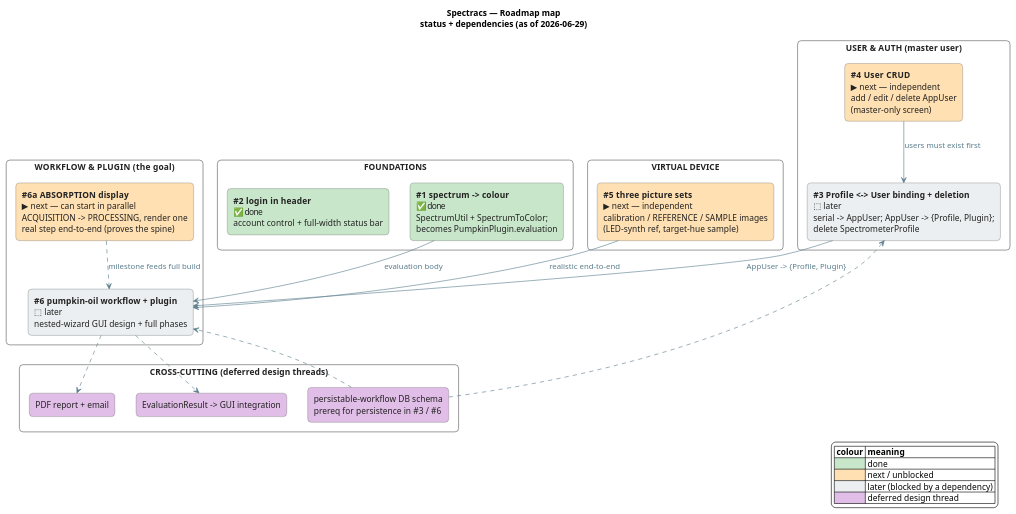
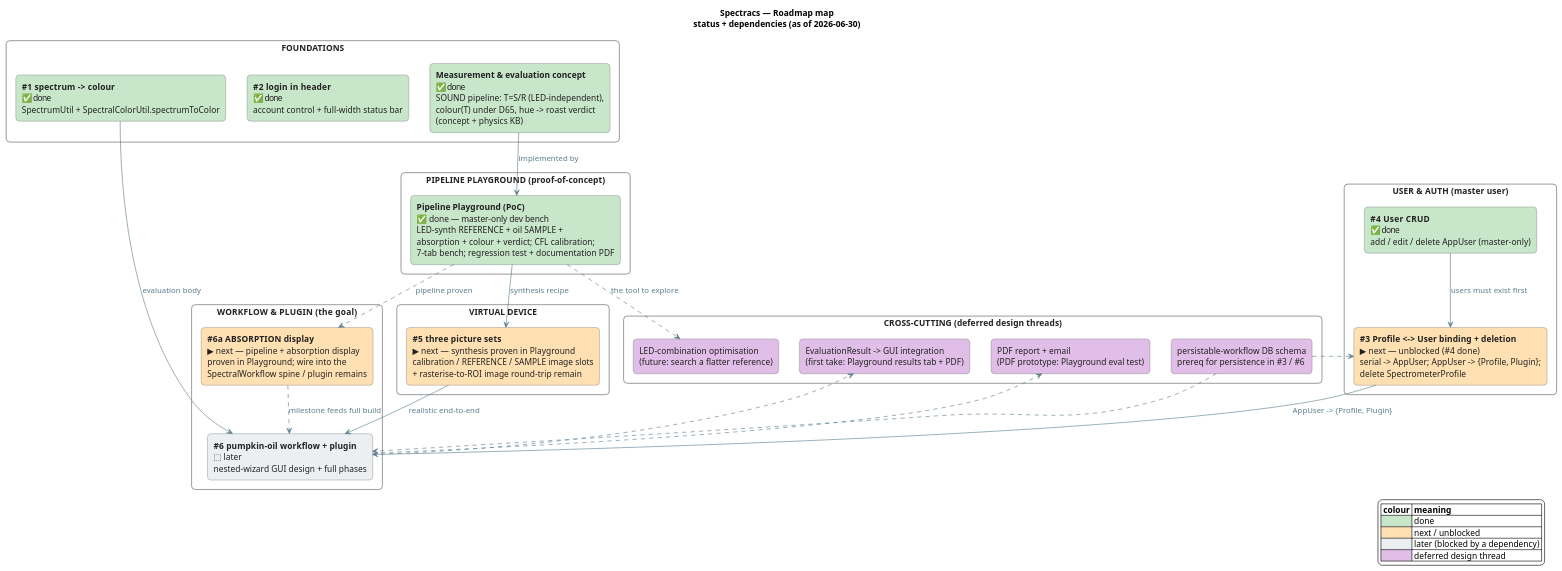
Before and after one commit to nidwe72/spectracs-docs: the diagram in roadmap_map.puml, drawn with PlantUML. The commit also changed 3 other files, not shown here.

First line of the commit message:
Roadmap: Pipeline PoC done; #3 unblocked; correct absorption→colour wording

```diff
--- a/roadmap_map.puml
+++ b/roadmap_map.puml
@@ -1,65 +1,75 @@
 @startuml roadmap_map
 ' Spectracs — Roadmap big-picture map: build items, status, and dependencies.
 ' Companion to ROADMAP.md (the prose backlog). This view answers "what is next and
 ' what blocks what", which the structural diagrams (db_entities / plugin_model /
 ' runtime_models / workflow_object_model) intentionally do not.
 ' Regenerate:  java -jar plantuml.jar -tsvg roadmap_map.puml
 
-title Spectracs — Roadmap map\nstatus + dependencies (as of 2026-06-29)
+title Spectracs — Roadmap map\nstatus + dependencies (as of 2026-06-30)
 
 skinparam backgroundColor #FFFFFF
 skinparam shadowing false
 skinparam defaultFontName Sans
 skinparam ArrowColor #5A7D8C
 skinparam ArrowFontColor #5A7D8C
 skinparam rectangle {
   FontColor #222222
   BorderColor #5A5A5A
   roundCorner 12
 }
 
 legend right
   |= colour |= meaning |
   | <#C8E6C9>    | done |
   | <#FFE0B2>    | next / unblocked |
   | <#ECEFF1>    | later (blocked by a dependency) |
   | <#E1BEE7>    | deferred design thread |
 endlegend
 
 rectangle "FOUNDATIONS" as F #FFFFFF {
-  rectangle "**#1  spectrum -> colour**\n✅ done\nSpectrumUtil + SpectrumToColor;\nbecomes PumpkinPlugin.evaluation" as R1 #C8E6C9
+  rectangle "**#1  spectrum -> colour**\n✅ done\nSpectrumUtil + SpectralColorUtil.spectrumToColor" as R1 #C8E6C9
   rectangle "**#2  login in header**\n✅ done\naccount control + full-width status bar" as R2 #C8E6C9
+  rectangle "**Measurement & evaluation concept**\n✅ done\nSOUND pipeline: T=S/R (LED-independent),\ncolour(T) under D65, hue -> roast verdict\n(concept + physics KB)" as CONCEPT #C8E6C9
+}
+
+rectangle "PIPELINE PLAYGROUND  (proof-of-concept)" as PG #FFFFFF {
+  rectangle "**Pipeline Playground (PoC)**\n✅ done — master-only dev bench\nLED-synth REFERENCE + oil SAMPLE +\nabsorption + colour + verdict; CFL calibration;\n7-tab bench; regression test + documentation PDF" as PLAY #C8E6C9
 }
 
 rectangle "USER & AUTH  (master user)" as UA #FFFFFF {
-  rectangle "**#4  User CRUD**\n▶ next — independent\nadd / edit / delete AppUser\n(master-only screen)" as R4 #FFE0B2
-  rectangle "**#3  Profile <-> User binding + deletion**\n⬚ later\nserial -> AppUser; AppUser -> {Profile, Plugin};\ndelete SpectrometerProfile" as R3 #ECEFF1
+  rectangle "**#4  User CRUD**\n✅ done\nadd / edit / delete AppUser (master-only)" as R4 #C8E6C9
+  rectangle "**#3  Profile <-> User binding + deletion**\n▶ next — unblocked (#4 done)\nserial -> AppUser; AppUser -> {Profile, Plugin};\ndelete SpectrometerProfile" as R3 #FFE0B2
 }
 
 rectangle "VIRTUAL DEVICE" as VD #FFFFFF {
-  rectangle "**#5  three picture sets**\n▶ next — independent\ncalibration / REFERENCE / SAMPLE images\n(LED-synth ref, target-hue sample)" as R5 #FFE0B2
+  rectangle "**#5  three picture sets**\n▶ next — synthesis proven in Playground\ncalibration / REFERENCE / SAMPLE image slots\n+ rasterise-to-ROI image round-trip remain" as R5 #FFE0B2
 }
 
 rectangle "WORKFLOW & PLUGIN   (the goal)" as G #FFFFFF {
-  rectangle "**#6a  ABSORPTION display**\n▶ next — can start in parallel\nACQUISITION -> PROCESSING, render one\nreal step end-to-end (proves the spine)" as R6a #FFE0B2
+  rectangle "**#6a  ABSORPTION display**\n▶ next — pipeline + absorption display\nproven in Playground; wire into the\nSpectralWorkflow spine / plugin remains" as R6a #FFE0B2
   rectangle "**#6  pumpkin-oil workflow + plugin**\n⬚ later\nnested-wizard GUI design + full phases" as R6 #ECEFF1
 }
 
 rectangle "CROSS-CUTTING  (deferred design threads)" as CC #FFFFFF {
   rectangle "persistable-workflow DB schema\nprereq for persistence in #3 / #6" as CCa #E1BEE7
-  rectangle "EvaluationResult -> GUI integration" as CCb #E1BEE7
-  rectangle "PDF report + email" as CCc #E1BEE7
+  rectangle "EvaluationResult -> GUI integration\n(first take: Playground results tab + PDF)" as CCb #E1BEE7
+  rectangle "PDF report + email\n(PDF prototype: Playground eval test)" as CCc #E1BEE7
+  rectangle "LED-combination optimisation\n(future: search a flatter reference)" as CCd #E1BEE7
 }
 
 ' ---- dependency / unblocks edges ----
 R1 --> R6  : evaluation body
+CONCEPT --> PLAY : implemented by
+PLAY --> R5 : synthesis recipe
+PLAY ..> R6a : pipeline proven
+PLAY ..> CCd : the tool to explore
 R4 --> R3  : users must exist first
 R3 --> R6  : AppUser -> {Profile, Plugin}
 R5 --> R6  : realistic end-to-end
 R6a ..> R6 : milestone feeds full build
 CCa ..> R3
 CCa ..> R6
 R6 ..> CCb
 R6 ..> CCc
 
 @enduml
```
